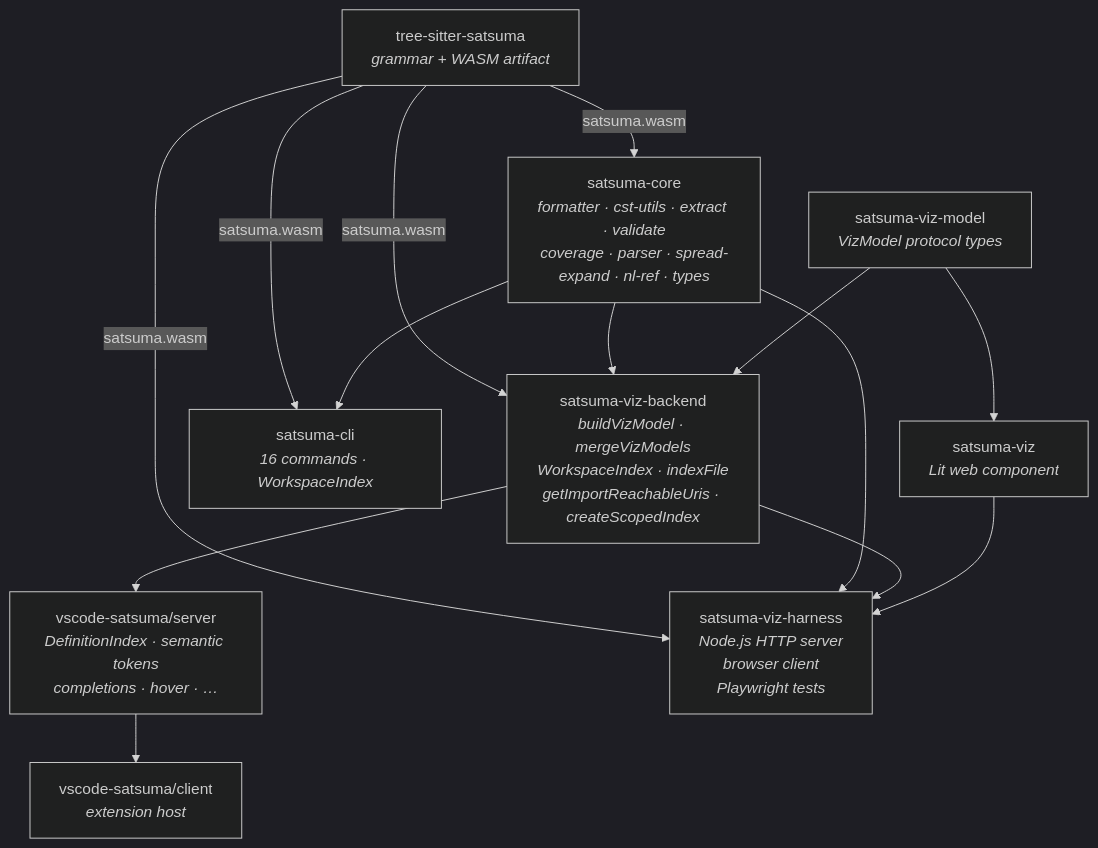
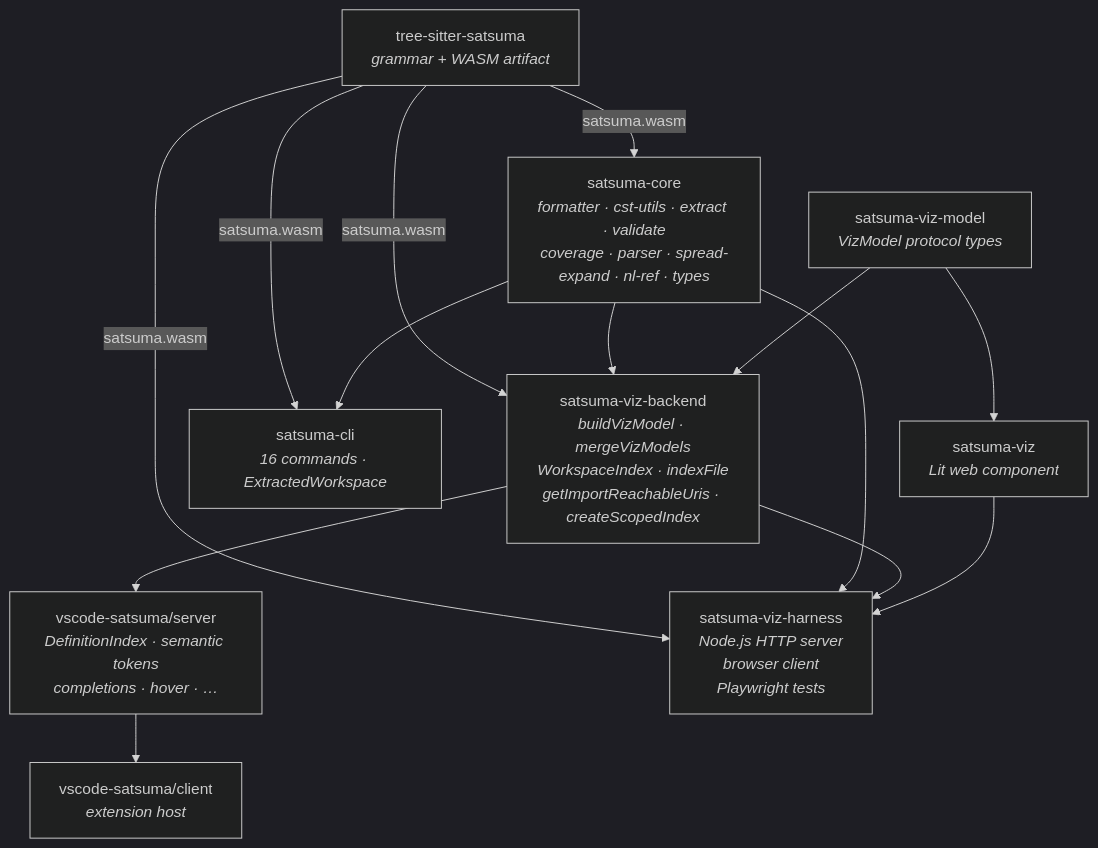
Before and after one commit to thorbenlouw/satsuma-lang: the first of 4 diagrams in docs/developer/ARCHITECTURE.md, drawn with Mermaid (dark theme). The commit also changed other lines of this file and 1 other file, not shown here.

````diff
--- a/docs/developer/ARCHITECTURE.md
+++ b/docs/developer/ARCHITECTURE.md
@@ -26,26 +26,26 @@
 ```mermaid
 graph TD
   TS[tree-sitter-satsuma<br/><i>grammar + WASM artifact</i>]
   CORE[satsuma-core<br/><i>formatter · cst-utils · extract · validate<br/>coverage · parser · spread-expand · nl-ref · types</i>]
   VIZM[satsuma-viz-model<br/><i>VizModel protocol types</i>]
   VIZB[satsuma-viz-backend<br/><i>buildVizModel · mergeVizModels<br/>WorkspaceIndex · indexFile<br/>getImportReachableUris · createScopedIndex</i>]
-  CLI[satsuma-cli<br/><i>16 commands · WorkspaceIndex</i>]
+  CLI[satsuma-cli<br/><i>16 commands · ExtractedWorkspace</i>]
   LSP[vscode-satsuma/server<br/><i>DefinitionIndex · semantic tokens<br/>completions · hover · …</i>]
   EXT[vscode-satsuma/client<br/><i>extension host</i>]
   VIZ[satsuma-viz<br/><i>Lit web component</i>]
   HARNESS[satsuma-viz-harness<br/><i>Node.js HTTP server<br/>browser client<br/>Playwright tests</i>]
 
   TS -- "satsuma.wasm" --> CORE
   TS -- "satsuma.wasm" --> CLI
   TS -- "satsuma.wasm" --> VIZB
   TS -- "satsuma.wasm" --> HARNESS
   CORE --> CLI
   CORE --> VIZB
   CORE --> HARNESS
   VIZM --> VIZB
   VIZM --> VIZ
   VIZB --> LSP
   VIZB --> HARNESS
   VIZ --> HARNESS
   LSP --> EXT
 ```
````
